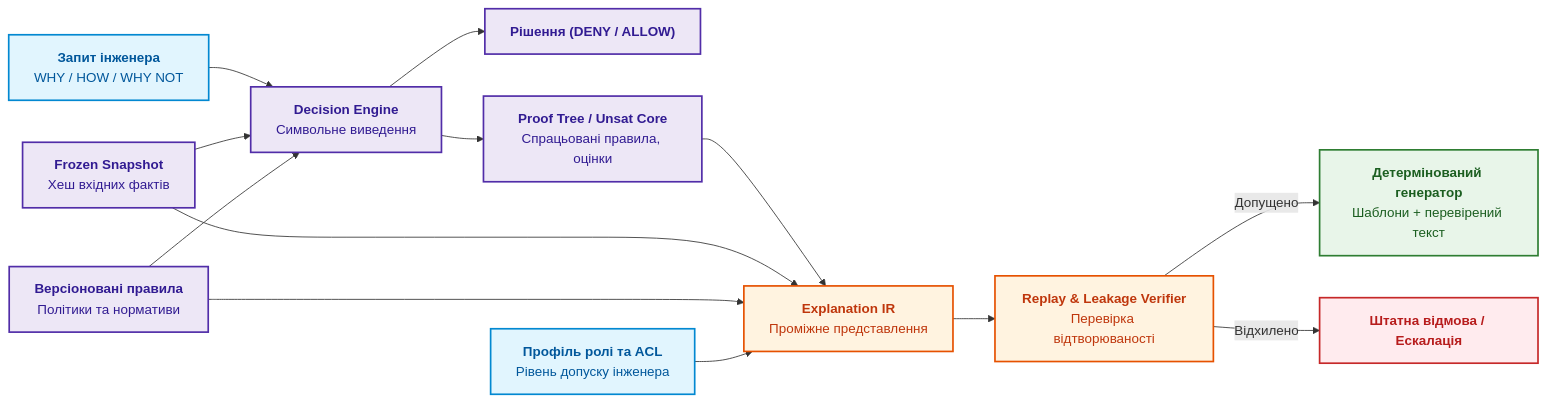
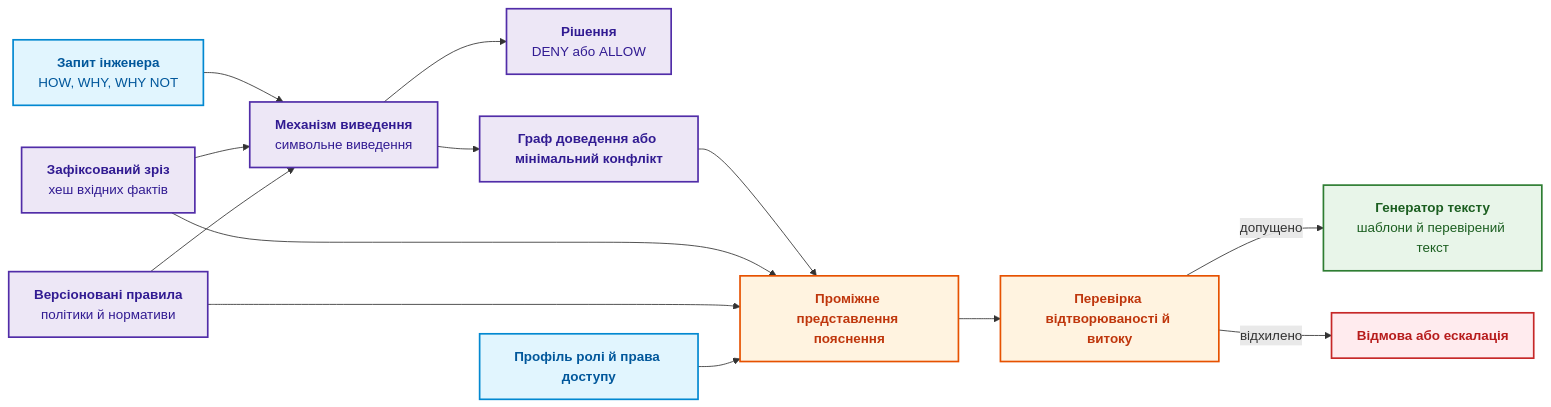
One commit to nick-fedchik/articles changed the first of 6 diagrams in ExpertSystem/ch20-explanation-engine.md. Above: the diagram before and after it, drawn with Mermaid. The commit also changed other lines of this file, not shown here.

````diff
--- a/ExpertSystem/ch20-explanation-engine.md
+++ b/ExpertSystem/ch20-explanation-engine.md
@@ -28,32 +27,32 @@
 ```mermaid
 flowchart LR
-    accTitle: Архітектурний контур машини пояснень
-    accDescr: Від вхідного запиту та зафіксованого стану через рушій рішень, артефакти доведення та Explanation IR до верифікації та рендерингу.
+    accTitle: Архітектура рушія пояснень
+    accDescr: Запит, зафіксований зріз фактів і версіоновані правила дають рішення й трасу доведення; проміжне представлення пояснення враховує профіль ролі, проходить перевірку відтворюваності й витоку і лише тоді стає текстом.
 
-    Q["<b>Запит інженера</b><br/>WHY / HOW / WHY NOT"] --> D["<b>Decision Engine</b><br/>Символьне виведення"]
-    S["<b>Frozen Snapshot</b><br/>Хеш вхідних фактів"] --> D
-    K["<b>Версіоновані правила</b><br/>Політики та нормативи"] --> D
-    D --> O["<b>Рішення (DENY / ALLOW)</b>"]
-    D --> P["<b>Proof Tree / Unsat Core</b><br/>Спрацьовані правила, оцінки"]
+    Q["<b>Запит інженера</b><br/>HOW, WHY, WHY NOT"] --> D["<b>Механізм виведення</b><br/>символьне виведення"]
+    S["<b>Зафіксований зріз</b><br/>хеш вхідних фактів"] --> D
+    K["<b>Версіоновані правила</b><br/>політики й нормативи"] --> D
+    D --> O["<b>Рішення</b><br/>DENY або ALLOW"]
+    D --> P["<b>Граф доведення або мінімальний конфлікт</b>"]
 
-    P --> EIR["<b>Explanation IR</b><br/>Проміжне представлення"]
+    P --> EIR["<b>Проміжне представлення пояснення</b>"]
     S --> EIR
     K --> EIR
-    AUD["<b>Профіль ролі та ACL</b><br/>Рівень допуску інженера"] --> EIR
+    AUD["<b>Профіль ролі й права доступу</b>"] --> EIR
 
-    EIR --> V["<b>Replay & Leakage Verifier</b><br/>Перевірка відтворюваності"]
-    V -->|Допущено| R["<b>Детермінований генератор</b><br/>Шаблони + перевірений текст"]
-    V -->|Відхилено| A["<b>Штатна відмова / Ескалація</b>"]
+    EIR --> V["<b>Перевірка відтворюваності й витоку</b>"]
+    V -->|допущено| R["<b>Генератор тексту</b><br/>шаблони й перевірений текст"]
+    V -->|відхилено| A["<b>Відмова або ескалація</b>"]
 
     classDef in fill:#e1f5fe,stroke:#0288d1,stroke-width:2px,color:#01579b;
     classDef engine fill:#ede7f6,stroke:#512da8,stroke-width:2px,color:#311b92;
     classDef ir fill:#fff3e0,stroke:#e65100,stroke-width:2px,color:#bf360c;
     classDef out fill:#e8f5e9,stroke:#2e7d32,stroke-width:2px,color:#1b5e20;
     classDef err fill:#ffebee,stroke:#c62828,stroke-width:2px,color:#b71c1c;
 
     class Q,AUD in;
     class D,S,K,O,P engine;
     class EIR,V ir;
     class R out;
     class A err;
 ```
````
